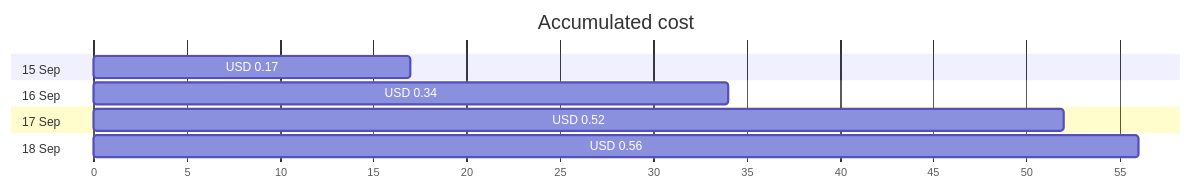
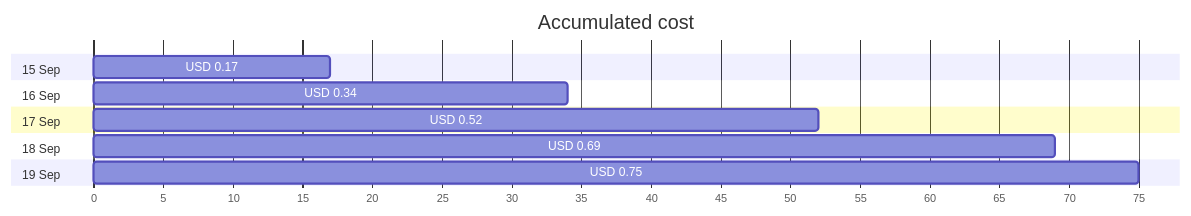
Before and after one commit to jpfulton/azure-personal-reports: the first of 4 diagrams in cost-reports/personal-network/vpn-server.md, drawn with Mermaid. The commit also changed other lines of this file and 17 other files, not shown here.

````diff
--- a/cost-reports/personal-network/vpn-server.md
+++ b/cost-reports/personal-network/vpn-server.md
@@ -20,14 +20,16 @@
 ```mermaid
 gantt
    title Accumulated cost
    dateFormat  X
    axisFormat %s
    section 15 Sep
    USD 0.17 :0, 17
    section 16 Sep
    USD 0.34 :0, 34
    section 17 Sep
    USD 0.52 :0, 52
    section 18 Sep
-   USD 0.56 :0, 56
+   USD 0.69 :0, 69
+   section 19 Sep
+   USD 0.75 :0, 75
 ```
````
